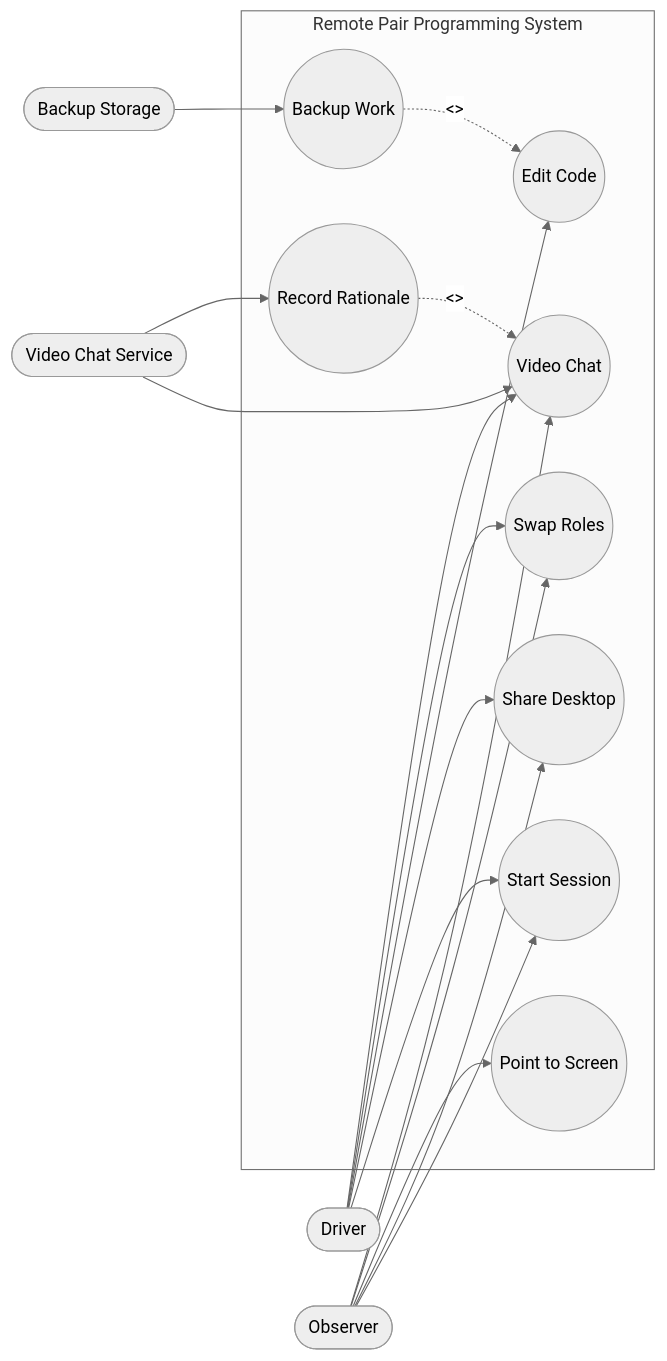
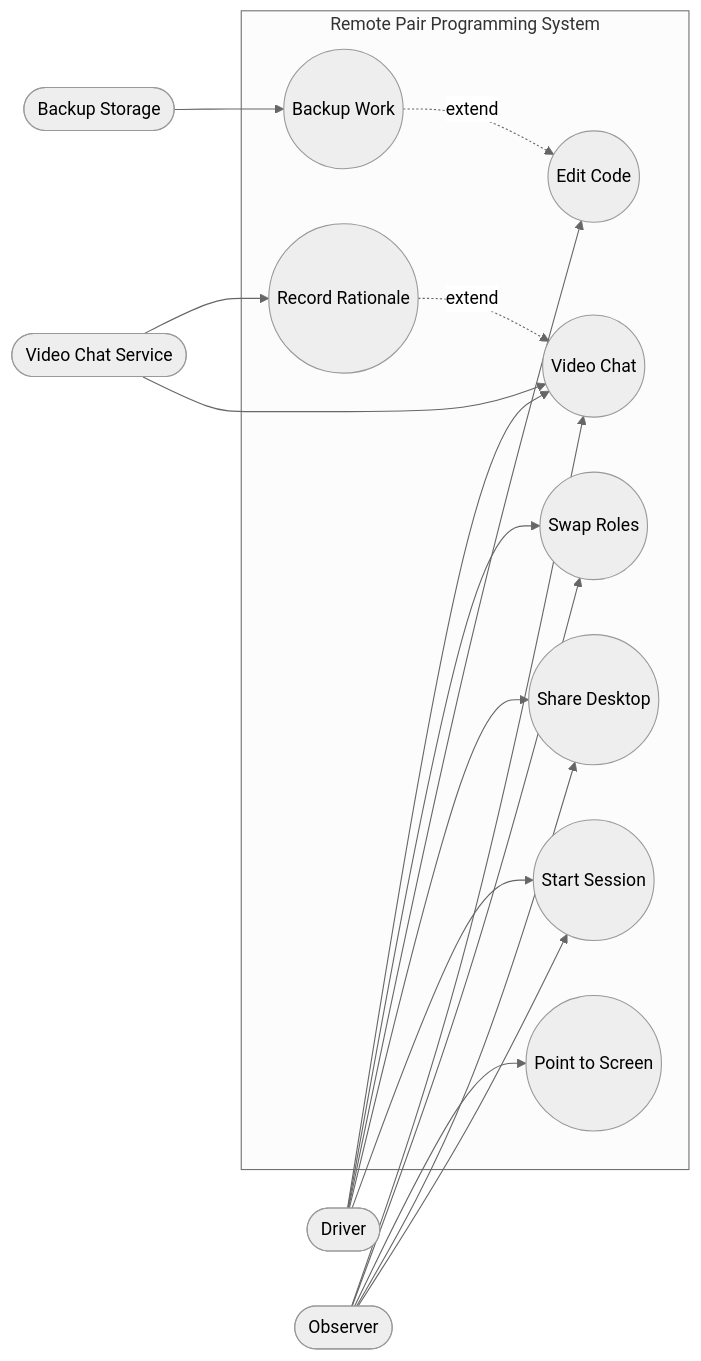
The fourth of 6 diagrams in 10_past_papers_solved.md (Attash2312/SRE), drawn with Mermaid (neutral theme) before and after one commit. The commit also changed other lines of this file and 3 other files, not shown here.

````diff
--- a/10_past_papers_solved.md
+++ b/10_past_papers_solved.md
@@ -364,34 +366,34 @@
 ```mermaid
 flowchart LR
 DR([Driver])
 OB([Observer])
 VC([Video Chat Service])
 BS([Backup Storage])
 
 subgraph RPP[Remote Pair Programming System]
   U1((Start Session))
   U2((Share Desktop))
   U3((Edit Code))
   U4((Point to Screen))
   U5((Swap Roles))
   U6((Video Chat))
   U7((Record Rationale))
   U8((Backup Work))
 end
 
 DR --> U1
 OB --> U1
 DR --> U2
 OB --> U2
 DR --> U3
 OB --> U4
 DR --> U5
 OB --> U5
 DR --> U6
 OB --> U6
-U7 -. <<extend>> .-> U6
-U8 -. <<extend>> .-> U3
+U7 -.->|extend| U6
+U8 -.->|extend| U3
 VC --> U6
 VC --> U7
 BS --> U8
 ```
````
